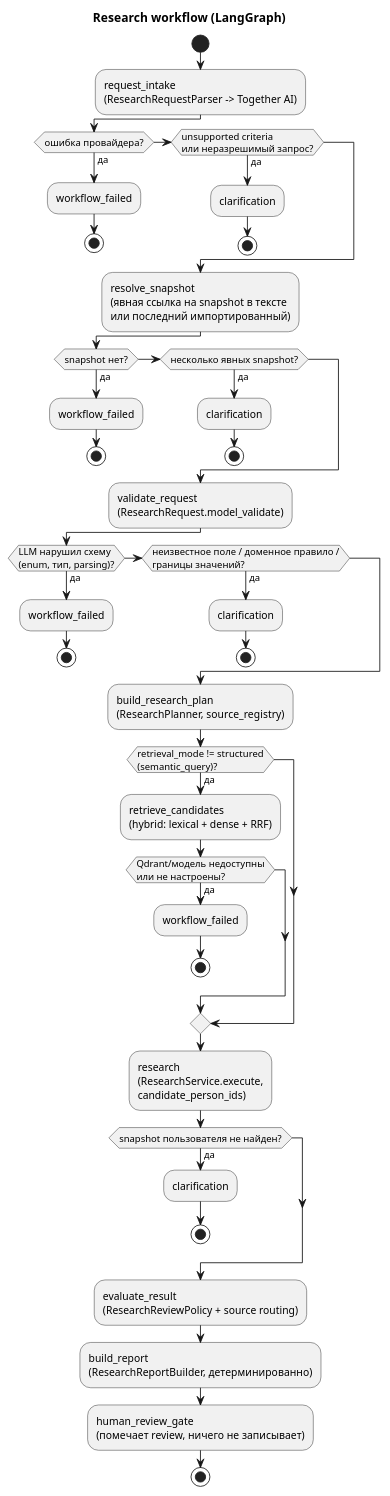
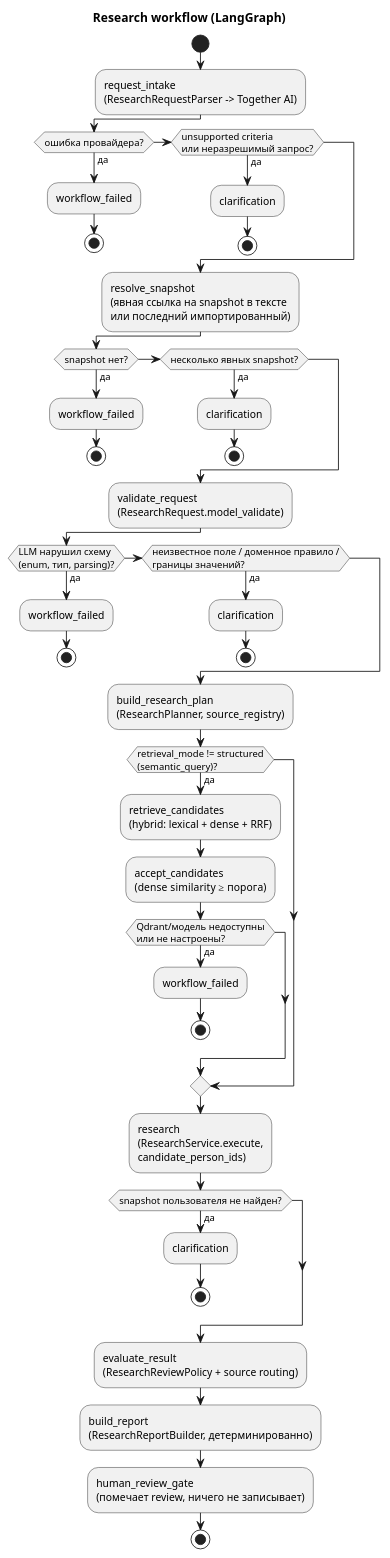
Before and after one commit to megannnn98/court-monitor: the diagram in docs/wiki/Research-Workflow.md, drawn with PlantUML. The commit also changed other lines of this file and 37 other files, not shown here.

````diff
--- a/docs/wiki/Research-Workflow.md
+++ b/docs/wiki/Research-Workflow.md
@@ -7,48 +7,49 @@
 ```plantuml
 @startuml
 title Research workflow (LangGraph)
 
 start
 :request_intake\n(ResearchRequestParser -> Together AI);
 if (ошибка провайдера?) then (да)
   :workflow_failed;
   stop
 elseif (unsupported criteria\nили неразрешимый запрос?) then (да)
   :clarification;
   stop
 endif
 :resolve_snapshot\n(явная ссылка на snapshot в тексте\nили последний импортированный);
 if (snapshot нет?) then (да)
   :workflow_failed;
   stop
 elseif (несколько явных snapshot?) then (да)
   :clarification;
   stop
 endif
 :validate_request\n(ResearchRequest.model_validate);
 if (LLM нарушил схему\n(enum, тип, parsing)?) then (да)
   :workflow_failed;
   stop
 elseif (неизвестное поле / доменное правило /\nграницы значений?) then (да)
   :clarification;
   stop
 endif
 :build_research_plan\n(ResearchPlanner, source_registry);
 if (retrieval_mode != structured\n(semantic_query)?) then (да)
   :retrieve_candidates\n(hybrid: lexical + dense + RRF);
+  :accept_candidates\n(dense similarity ≥ порога);
   if (Qdrant/модель недоступны\nили не настроены?) then (да)
     :workflow_failed;
     stop
   endif
 endif
 :research\n(ResearchService.execute,\ncandidate_person_ids);
 if (snapshot пользователя не найден?) then (да)
   :clarification;
   stop
 endif
 :evaluate_result\n(ResearchReviewPolicy + source routing);
 :build_report\n(ResearchReportBuilder, детерминированно);
 :human_review_gate\n(помечает review, ничего не записывает);
 stop
 @enduml
 ```
````
